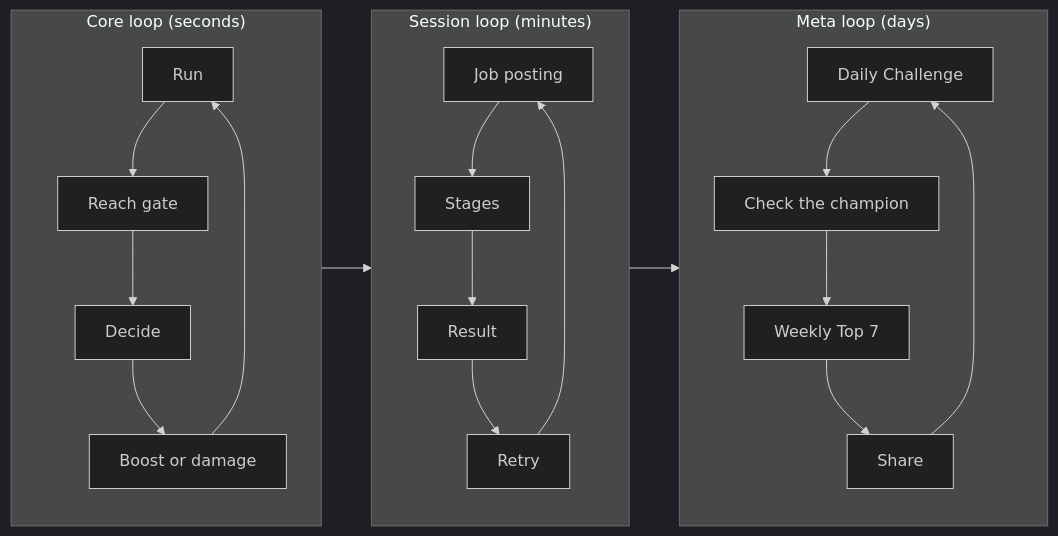
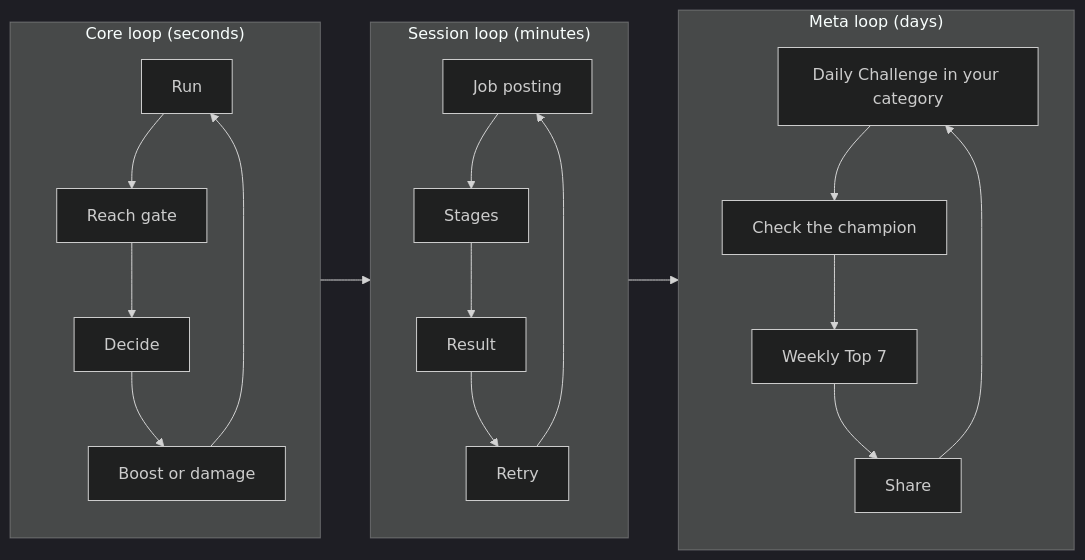
One commit to ricardoverita/cv-rush changed the second of 2 diagrams in docs/product/player-journey.md. Above: the diagram before and after it, drawn with Mermaid (dark theme). The commit also changed other lines of this file and 31 other files, not shown here.

````diff
--- a/docs/product/player-journey.md
+++ b/docs/product/player-journey.md
@@ -113,13 +121,13 @@
 ```mermaid
 flowchart LR
   subgraph core["Core loop (seconds)"]
     runC["Run"] --> gate["Reach gate"] --> decide["Decide"] --> feedback["Boost or damage"] --> runC
   end
   subgraph session["Session loop (minutes)"]
     jobS["Job posting"] --> stages["Stages"] --> result["Result"] --> retryS["Retry"] --> jobS
   end
   subgraph meta["Meta loop (days)"]
-    daily["Daily Challenge"] --> check["Check the champion"] --> weekly["Weekly Top 7"] --> shareM["Share"] --> daily
+    daily["Daily Challenge in your category"] --> check["Check the champion"] --> weekly["Weekly Top 7"] --> shareM["Share"] --> daily
   end
   core --> session --> meta
 ```
````
